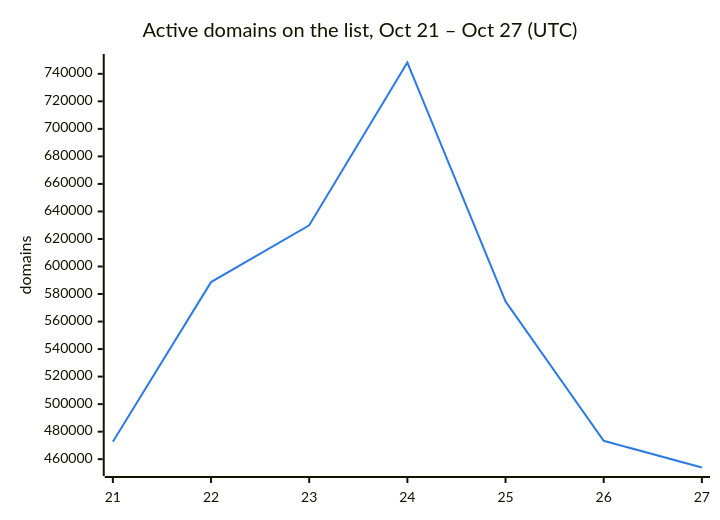
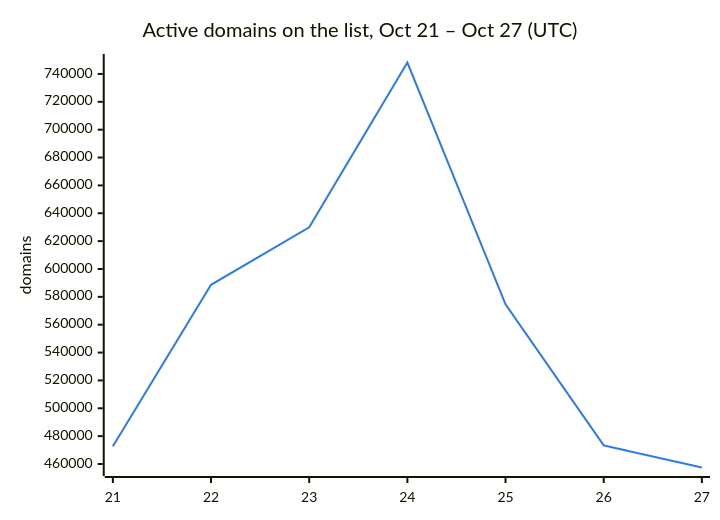
The second of 3 diagrams in README.md (DNSBunker/CTI), drawn with Mermaid before and after one commit. The commit also changed other lines of this file and 3 other files, not shown here.

````diff
--- a/README.md
+++ b/README.md
@@ -38,8 +38,8 @@
 ```mermaid
 %%{init: {"themeVariables": {"xyChart": {"plotColorPalette": "#2c7be5"}}}}%%
 xychart-beta
     title "Active domains on the list, Oct 21 – Oct 27 (UTC)"
     x-axis ["21", "22", "23", "24", "25", "26", "27"]
     y-axis "domains"
-    line [472713, 588659, 629951, 748222, 574614, 473331, 453953]
+    line [472713, 588659, 629951, 748222, 574614, 473331, 457493]
 ```
````
